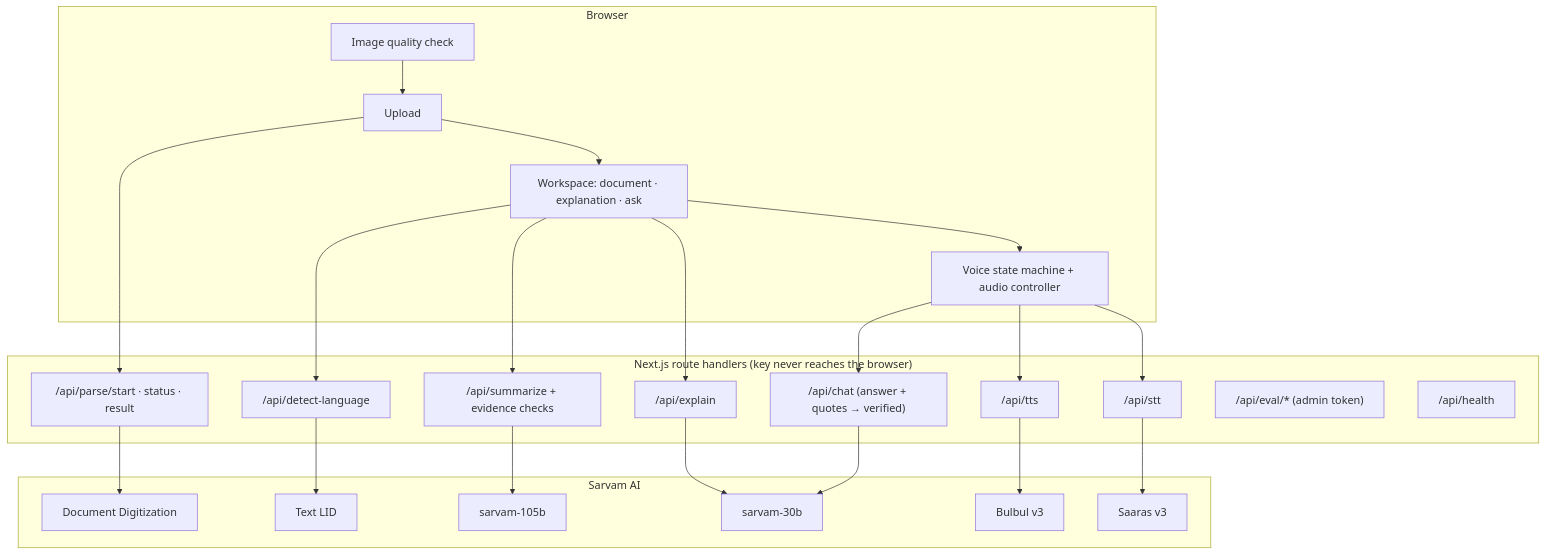
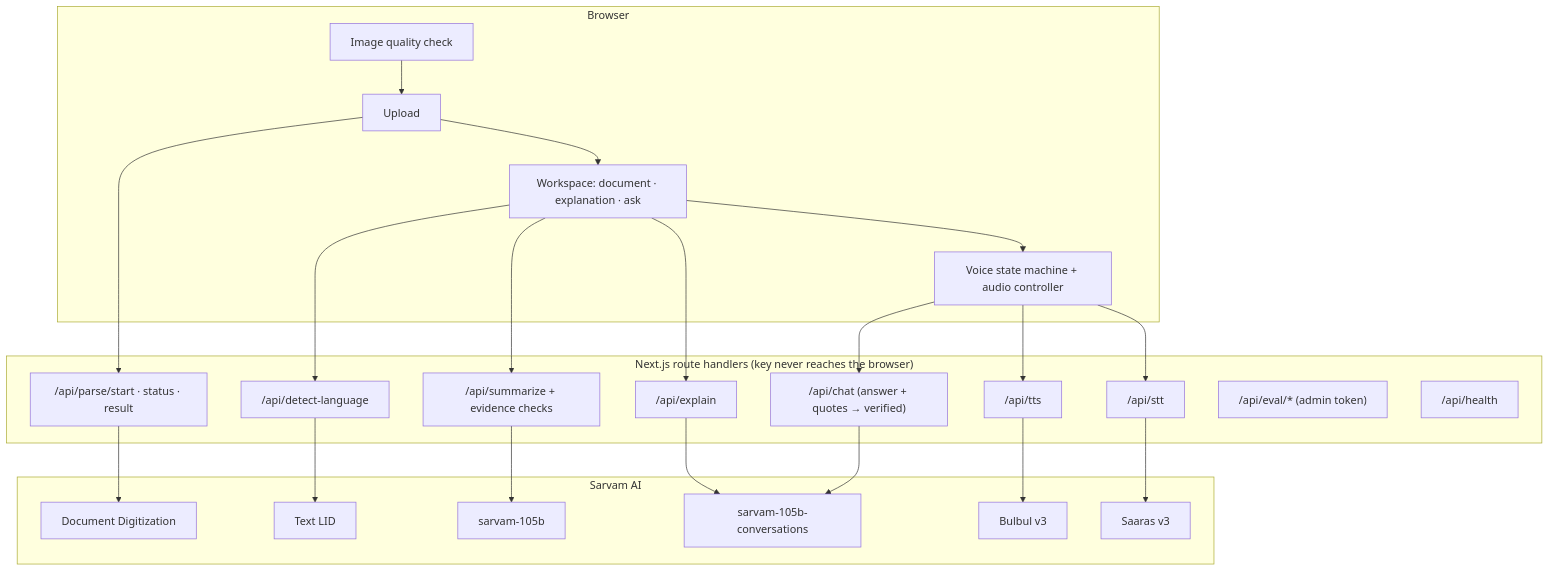
The diagram in README.md (Vedantd2003/kagazbol), drawn with Mermaid before and after one commit. The commit also changed other lines of this file and 6 other files, not shown here.

First line of the commit message:
fix: replace deprecated sarvam-30b with sarvam-105b-conversations

````diff
--- a/README.md
+++ b/README.md
@@ -35,33 +35,33 @@
 ```mermaid
 flowchart TD
     subgraph Browser
         Q[Image quality check] --> U[Upload] --> W[Workspace: document · explanation · ask]
         W --> V[Voice state machine + audio controller]
     end
     subgraph "Next.js route handlers (key never reaches the browser)"
         PS["/api/parse/start · status · result"]
         DL["/api/detect-language"]
         S["/api/summarize + evidence checks"]
         C["/api/chat (answer + quotes → verified)"]
         E["/api/explain"]
         T["/api/tts"]
         ST["/api/stt"]
         EV["/api/eval/* (admin token)"]
         H["/api/health"]
     end
     subgraph "Sarvam AI"
         DI[Document Digitization]
         LID[Text LID]
         L105[sarvam-105b]
-        L30[sarvam-30b]
+        L30[sarvam-105b-conversations]
         TTS[Bulbul v3]
         STT[Saaras v3]
     end
     U --> PS --> DI
     W --> DL --> LID
     W --> S --> L105
     V --> ST --> STT
     V --> C --> L30
     W --> E --> L30
     V --> T --> TTS
 ```
````
